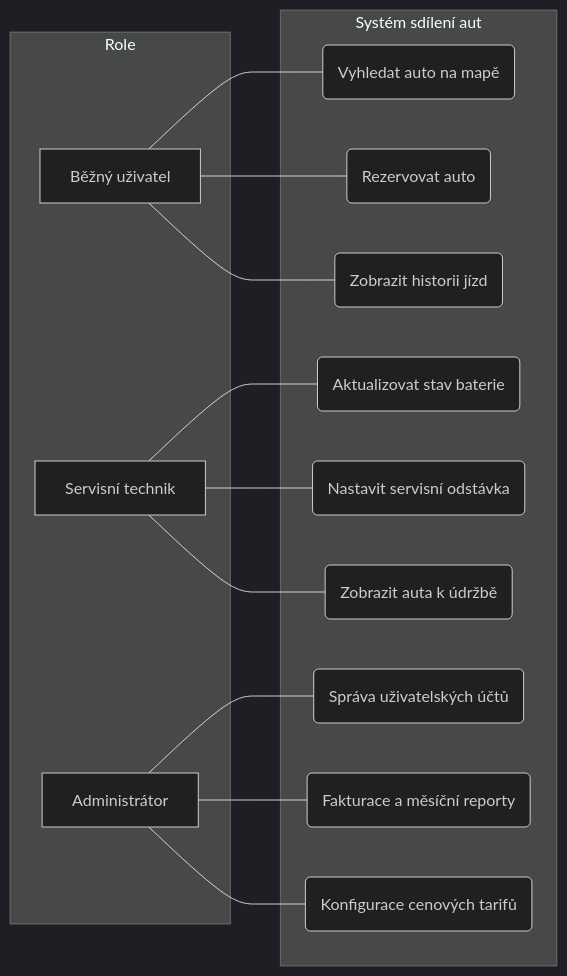
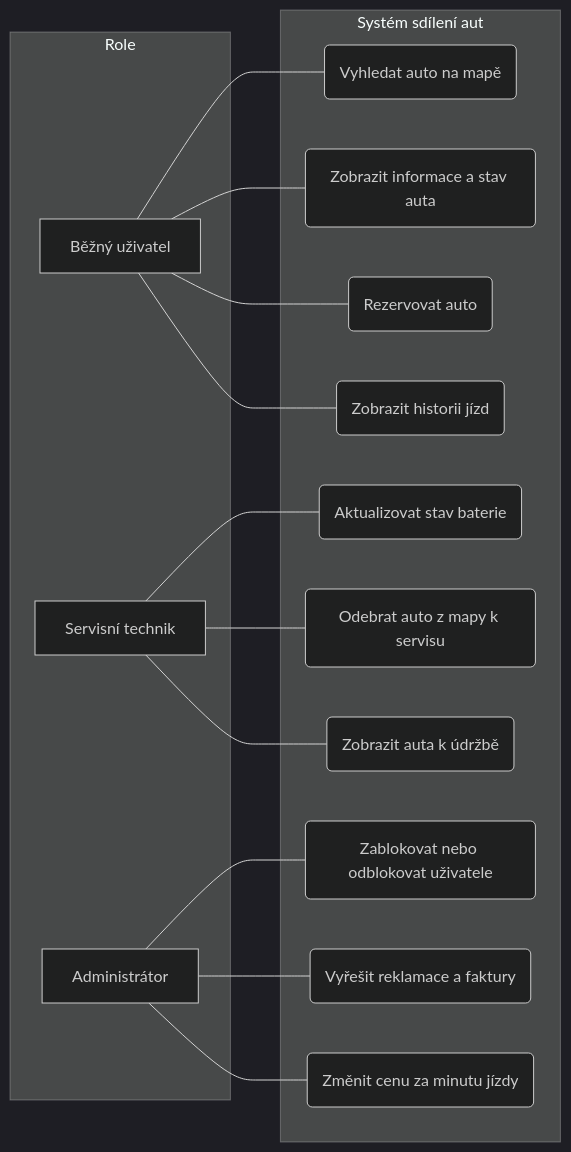
The diagram in analyza_podazadavku.md (CrimsonRubyRose/KSWI), drawn with Mermaid (dark theme) before and after one commit. The commit also changed other lines of this file, not shown here.

````diff
--- a/analyza_podazadavku.md
+++ b/analyza_podazadavku.md
@@ -6,22 +6,23 @@
 ```mermaid
 graph LR
     subgraph Role
         U[Běžný uživatel]
         T[Servisní technik]
         A[Administrátor]
     end
 
     subgraph "Systém sdílení aut"
         U --- UC1(Vyhledat auto na mapě)
+        U --- UC1b(Zobrazit informace a stav auta)
         U --- UC2(Rezervovat auto)
         U --- UC3(Zobrazit historii jízd)
 
         T --- UC4(Aktualizovat stav baterie)
-        T --- UC5(Nastavit servisní odstávka)
+        T --- UC5(Odebrat auto z mapy k servisu)
         T --- UC6(Zobrazit auta k údržbě)
 
-        A --- UC7(Správa uživatelských účtů)
-        A --- UC8(Fakturace a měsíční reporty)
-        A --- UC9(Konfigurace cenových tarifů)
+A --- UC7(Zablokovat nebo odblokovat uživatele)
+        A --- UC8(Vyřešit reklamace a faktury)
+        A --- UC9(Změnit cenu za minutu jízdy)
     end
 ```
````
